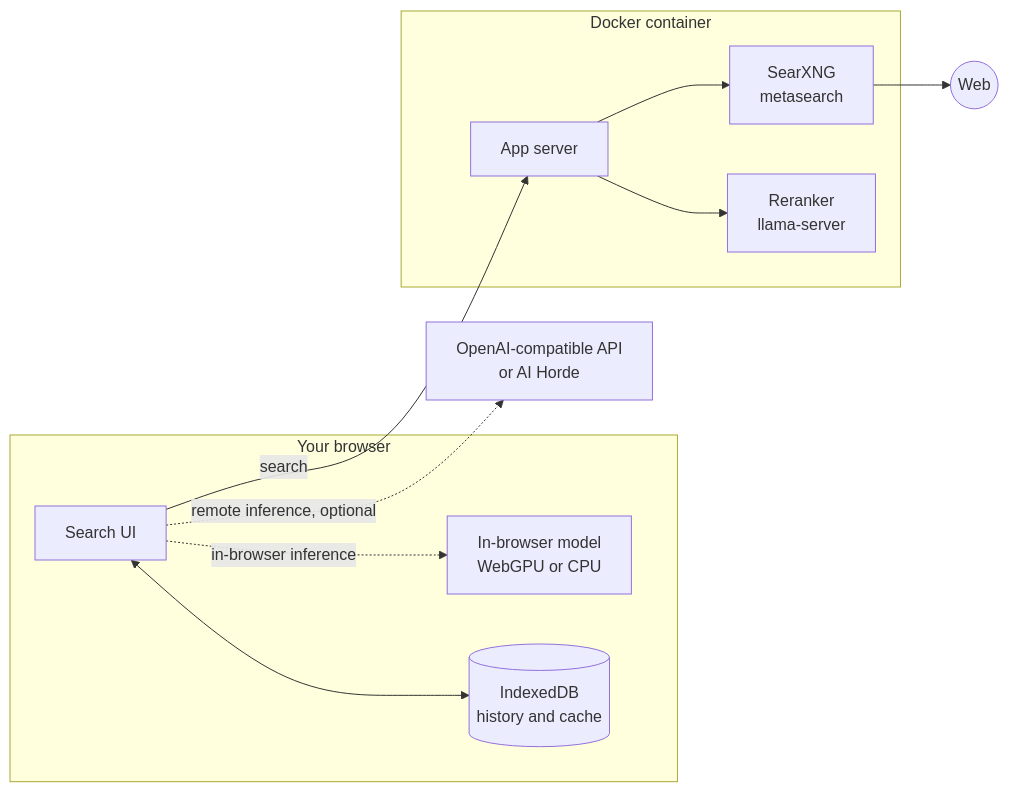
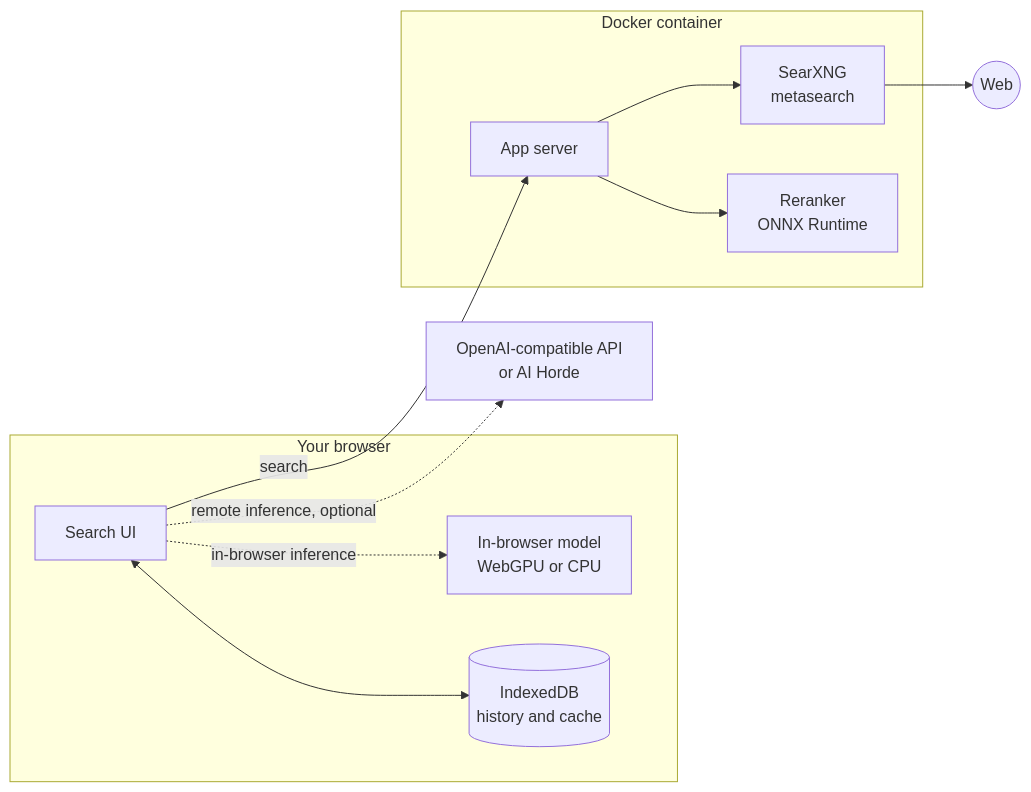
Before and after one commit to felladrin/MiniSearch: the diagram in README.md, drawn with Mermaid. The commit also changed 17 other files, not shown here.

Commit message:
Replace llama.cpp with ONNX Runtime for reranking (#2235)

````diff
--- a/README.md
+++ b/README.md
@@ -78,20 +78,20 @@
 ```mermaid
 flowchart LR
     subgraph browser [Your browser]
         UI[Search UI]
         LocalAI[In-browser model<br/>WebGPU or CPU]
         Storage[(IndexedDB<br/>history and cache)]
     end
     subgraph container [Docker container]
         Server[App server]
         SearXNG[SearXNG<br/>metasearch]
-        Reranker[Reranker<br/>llama-server]
+        Reranker[Reranker<br/>ONNX Runtime]
     end
     UI <--> Storage
     UI -->|search| Server
     Server --> SearXNG
     SearXNG --> Web((Web))
     Server --> Reranker
     UI -.->|in-browser inference| LocalAI
     UI -.->|remote inference, optional| RemoteAPI[OpenAI-compatible API<br/>or AI Horde]
 ```
````
